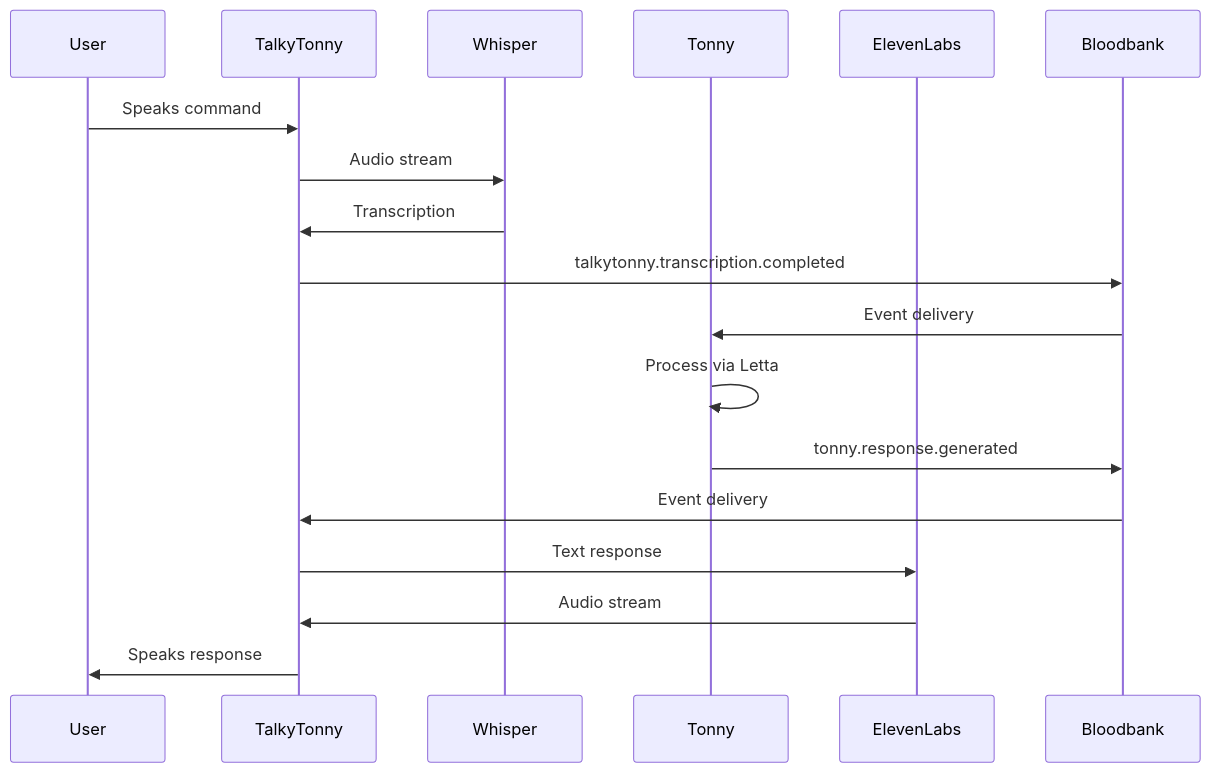
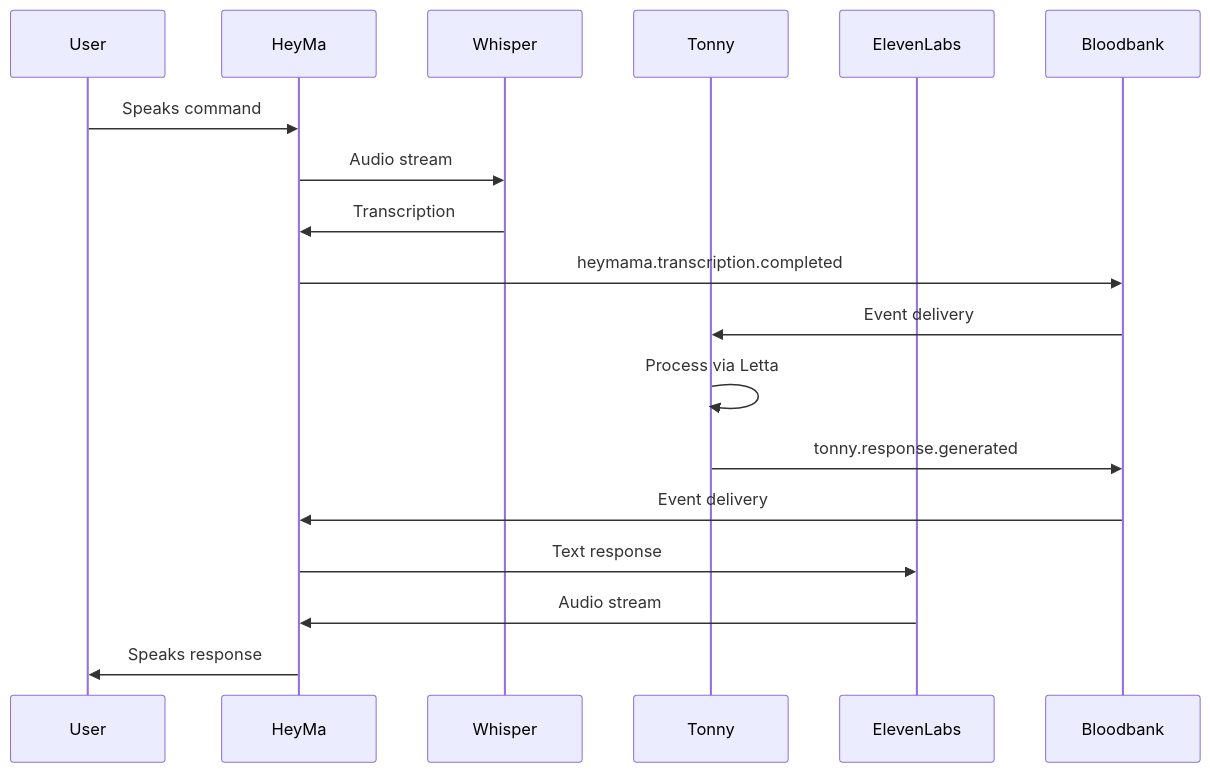
The second of 2 diagrams in docs/domains/dashboards-voice/GOD.md (delorenj/33GOD), drawn with Mermaid before and after one commit. The commit also changed other lines of this file and 38 other files, not shown here.

Commit message:
refactor: Rename TalkyTonny submodule to HeyMa. Also updated all references

````diff
--- a/docs/domains/dashboards-voice/GOD.md
+++ b/docs/domains/dashboards-voice/GOD.md
@@ -153,21 +153,21 @@
 ```mermaid
 sequenceDiagram
     participant User
-    participant TalkyTonny
+    participant HeyMa
     participant Whisper
     participant Tonny
     participant ElevenLabs
     participant Bloodbank
 
-    User->>TalkyTonny: Speaks command
-    TalkyTonny->>Whisper: Audio stream
-    Whisper->>TalkyTonny: Transcription
-    TalkyTonny->>Bloodbank: talkytonny.transcription.completed
+    User->>HeyMa: Speaks command
+    HeyMa->>Whisper: Audio stream
+    Whisper->>HeyMa: Transcription
+    HeyMa->>Bloodbank: heymama.transcription.completed
     Bloodbank->>Tonny: Event delivery
     Tonny->>Tonny: Process via Letta
     Tonny->>Bloodbank: tonny.response.generated
-    Bloodbank->>TalkyTonny: Event delivery
-    TalkyTonny->>ElevenLabs: Text response
-    ElevenLabs->>TalkyTonny: Audio stream
-    TalkyTonny->>User: Speaks response
+    Bloodbank->>HeyMa: Event delivery
+    HeyMa->>ElevenLabs: Text response
+    ElevenLabs->>HeyMa: Audio stream
+    HeyMa->>User: Speaks response
 ```
````
